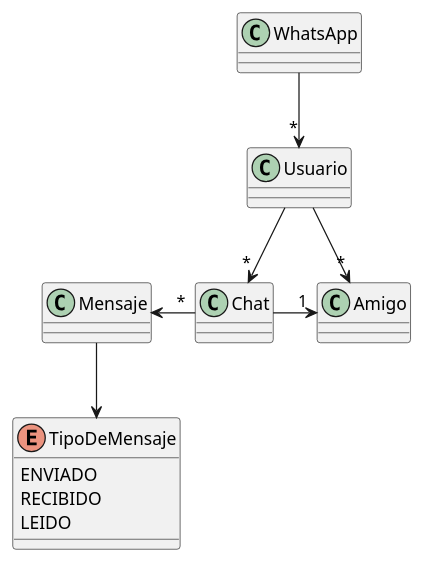
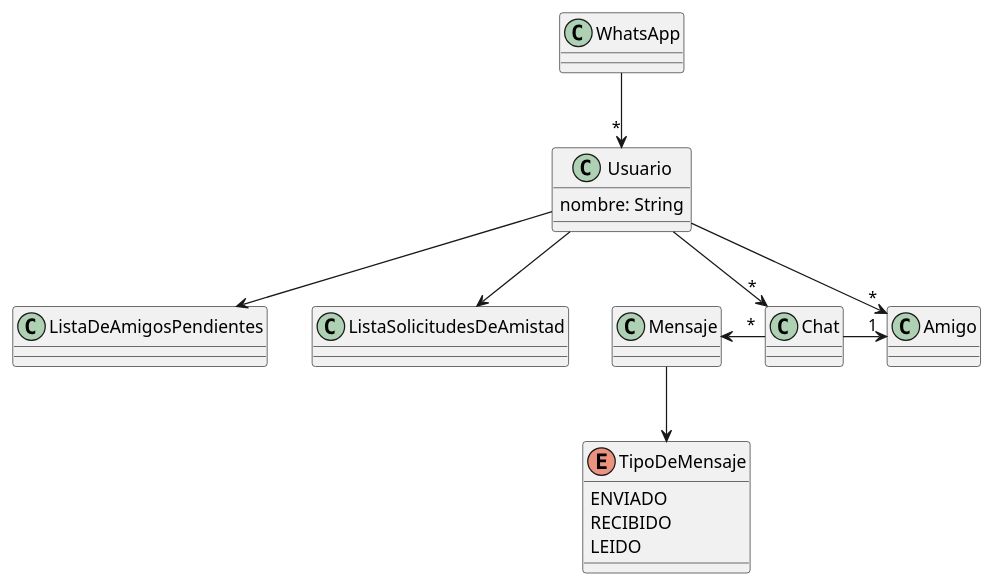
Before and after one commit to FernandoHuilca/EPN-FernandoHuilca: the diagram in Segundo Semestre/Practicas Personales/Chat_Practica/src/Diagramas.puml, drawn with PlantUML. The commit also changed 16 other files, not shown here.

```diff
--- a/Segundo Semestre/Practicas Personales/Chat_Practica/src/Diagramas.puml
+++ b/Segundo Semestre/Practicas Personales/Chat_Practica/src/Diagramas.puml
@@ -1,18 +1,26 @@
 @startuml
 'https://plantuml.com/class-diagram
 
 class WhatsApp {
 }
 
 WhatsApp -->"*" Usuario
 Usuario --> "*"Amigo
 Usuario --> "*" Chat
 Chat -> "1" Amigo
 Mensaje <- "*" Chat
 Mensaje --> TipoDeMensaje
+Usuario --> ListaDeAmigosPendientes
+Usuario --> ListaSolicitudesDeAmistad
 enum TipoDeMensaje{
     ENVIADO
     RECIBIDO
     LEIDO
 }
+
+class Usuario {
+    nombre: String
+}
+
+
 @enduml
```
